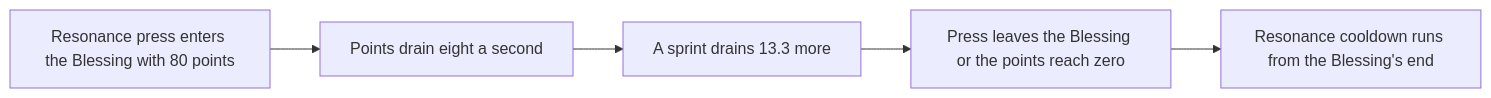
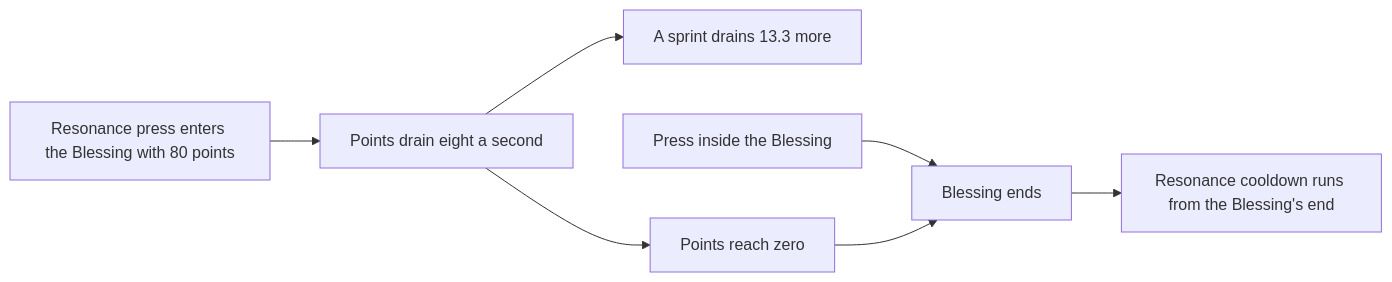
Before and after one commit to Esposter/Esposter: the diagram in openspec/specs/genshin/kits/chasca/design.md, drawn with Mermaid. The commit also changed other lines of this file and 15 other files, not shown here.

````diff
--- a/openspec/specs/genshin/kits/chasca/design.md
+++ b/openspec/specs/genshin/kits/chasca/design.md
@@ -7,7 +7,9 @@
 ```mermaid
 flowchart LR
   A["Resonance press enters the Blessing with 80 points"] --> B["Points drain eight a second"]
   B --> C["A sprint drains 13.3 more"]
-  C --> D["Press leaves the Blessing or the points reach zero"]
-  D --> E["Resonance cooldown runs from the Blessing's end"]
+  B --> D["Points reach zero"]
+  F["Press inside the Blessing"] --> E["Blessing ends"]
+  D --> E
+  E --> G["Resonance cooldown runs from the Blessing's end"]
 ```
````
